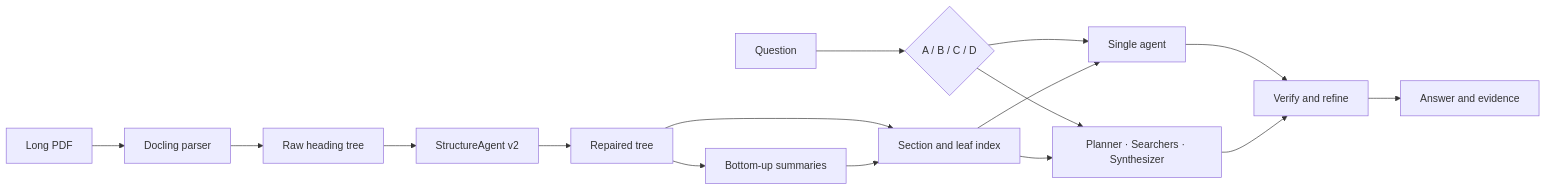
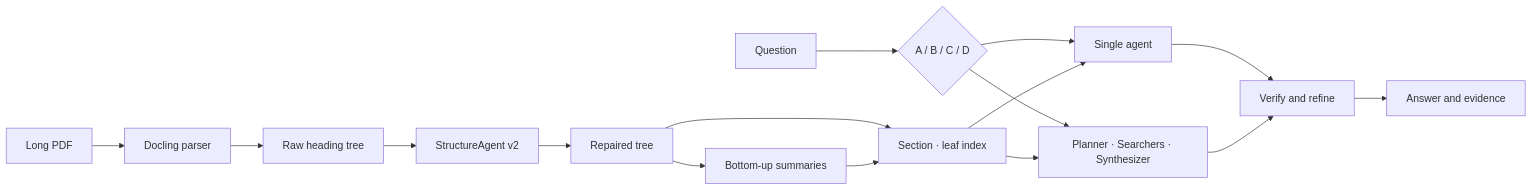
One commit to swaaniida/Agentic-Tree-RAG changed the diagram in README.md. Above: the diagram before and after it, drawn with Mermaid. The commit also changed other lines of this file and 1 other file, not shown here.

````diff
--- a/README.md
+++ b/README.md
@@ -15,18 +13,18 @@
 ```mermaid
 flowchart LR
     PDF[Long PDF] --> P[Docling parser]
     P --> R[Raw heading tree]
     R --> S[StructureAgent v2]
     S --> T[Repaired tree]
     T --> B[Bottom-up summaries]
-    T --> V[Section and leaf index]
+    T --> V[Section · leaf index]
     B --> V
     Q[Question] --> C{A / B / C / D}
     C --> A[Single agent]
     C --> M[Planner · Searchers · Synthesizer]
     V --> A
     V --> M
     A --> X[Verify and refine]
     M --> X
     X --> O[Answer and evidence]
 ```
````
